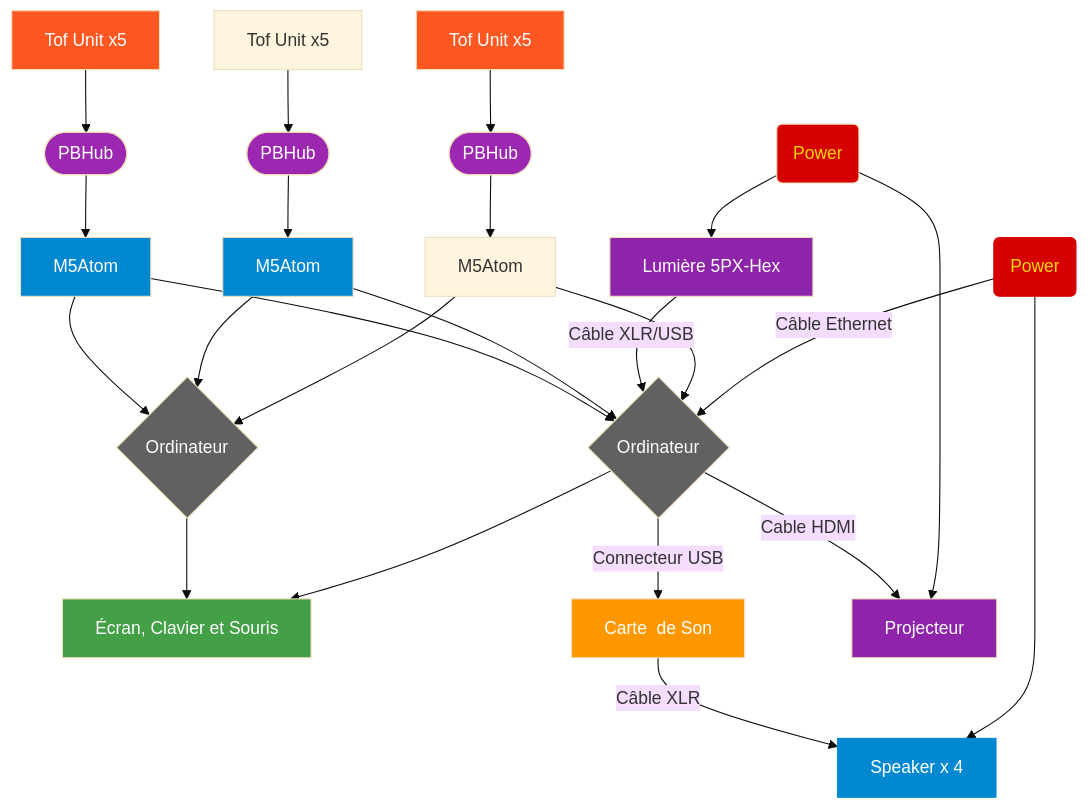
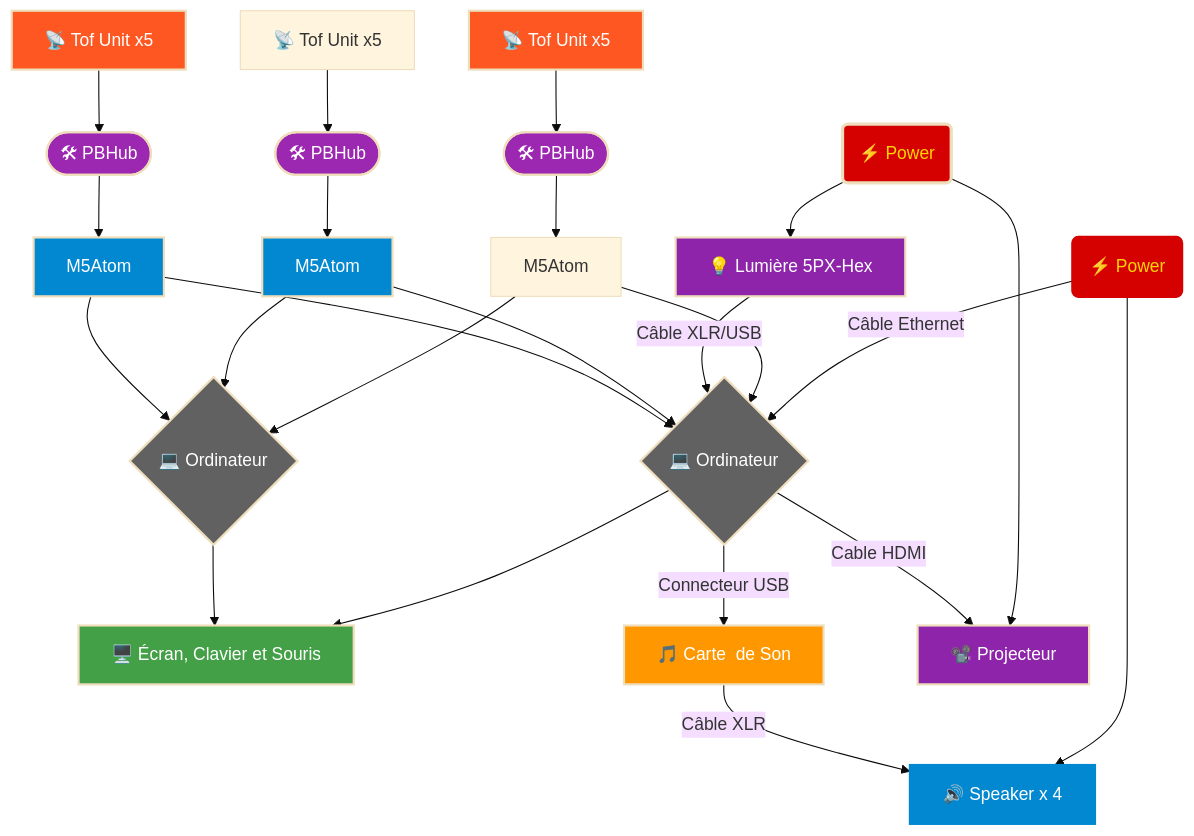
One commit to Ethereal-Creators/Etheria changed the diagram in 30_production/30_synoptique/README.md. Above: the diagram before and after it, drawn with Mermaid (base theme).

````diff
--- a/30_production/30_synoptique/README.md
+++ b/30_production/30_synoptique/README.md
@@ -2,48 +2,50 @@
 ```mermaid
 flowchart TD
-    n1["Power"] --> n2["Speaker x 4"]
-    n1 -- Câble Ethernet --> n3["Ordinateur"]
-    n3 --> n10["Écran, Clavier et Souris"]
-    n3 -- Connecteur USB --> n11["Carte&nbsp; de Son"]
-    n4["M5Atom"] --> n13["Ordinateur"] & n3
-    n7["Power"] --> n8["Projecteur"] & n9["Lumière 5PX-Hex"]
+    n1["⚡ Power"] --> n2["🔊 Speaker x 4"]
+    n1 -- Câble Ethernet --> n3["💻 Ordinateur"]
+    n3 --> n10["🖥️ Écran, Clavier et Souris"]
+    n3 -- Connecteur USB --> n11["🎵 Carte&nbsp; de Son"]
+    n4["M5Atom"] --> n13["💻 Ordinateur"] & n3
+    n7["⚡ Power"] --> n8["📽️ Projecteur"] & n9["💡 Lumière 5PX-Hex"]
     n9 -- Câble XLR/USB --> n3
     n11 -- Câble XLR --> n2
     n16["M5Atom"] --> n13 & n3
     n14["M5Atom"] --> n13 & n3
     n13 --> n10
-    n15["Tof Unit x5"] --> n18(["PBHub"])
+    n15["📡 Tof Unit x5"] --> n18(["🛠 PBHub"])
     n18 --> n14
-    n5["Tof Unit x5"] --> n19(["PBHub"])
-    n17["Tof Unit x5"] --> n20(["PBHub"])
+    n5["📡 Tof Unit x5"] --> n19(["🛠 PBHub"])
+    n17["📡 Tof Unit x5"] --> n20(["🛠 PBHub"])
     n19 --> n16
     n20 --> n4
     n3 -- Cable HDMI --> n8
 
-    n1@{ shape: rounded}
-    n2@{ shape: rect}
-    n3@{ shape: diam}
-    n13@{ shape: diam}
-    n7@{ shape: rounded}
-    n16@{ shape: rect}
-    n14@{ shape: rect}
-    n15@{ shape: rect}
-    n17@{ shape: rect}
-    style n1 stroke:#D50000,fill:#D50000,color:#FFD600
-    style n2 stroke:#0288D1,fill:#0288D1,color:#FFFFFF
-    style n3 fill:#616161,color:#FFFFFF
-    style n13 fill:#616161,color:#FFFFFF
-    style n7 fill:#D50000,color:#FFD600
-    style n10 fill:#43A047,color:#FFFFFF
-    style n11 fill:#FF9800,color:#FFFFFF
-    style n8 fill:#8E24AA,color:#FFFFFF
-    style n9 fill:#8E24AA,color:#FFFFFF
-    style n16 fill:#0288D1,color:#FFFFFF
-    style n14 fill:#0288D1,color:#FFFFFF
-    style n15 fill:#FF5722,color:#FFFFFF
-    style n17 fill:#FF5722,color:#FFFFFF
-    style n18 fill:#9C27B0,color:#FFFFFF
-    style n19 fill:#9C27B0,color:#FFFFFF
-    style n20 fill:#9C27B0,color:#FFFFFF
+    n1@{ shape: rounded, width: 1.5, height: 1.5}
+    n2@{ shape: rect, width: 2, height: 1.2 }
+    n3@{ shape: diam, width: 1.8, height: 1.8 }
+    n13@{ shape: diam, width: 1.8, height: 1.8 }
+    n7@{ shape: rounded, width: 1.5, height: 1.5 }
+    n16@{ shape: rect, width: 2, height: 1.2 }
+    n14@{ shape: rect, width: 2, height: 1.2 }
+    n15@{ shape: rect, width: 2, height: 1.2 }
+    n17@{ shape: rect, width: 2, height: 1.2 }
+    
+    style n1 stroke:#D50000,fill:#D50000,color:#FFD600,stroke-width:3px
+    style n2 stroke:#0288D1,fill:#0288D1,color:#FFFFFF,stroke-width:2px
+    style n3 fill:#616161,color:#FFFFFF,stroke-width:2px
+    style n13 fill:#616161,color:#FFFFFF,stroke-width:2px
+    style n7 fill:#D50000,color:#FFD600,stroke-width:3px
+    style n10 fill:#43A047,color:#FFFFFF,stroke-width:2px
+    style n11 fill:#FF9800,color:#FFFFFF,stroke-width:2px
+    style n8 fill:#8E24AA,color:#FFFFFF,stroke-width:2px
+    style n9 fill:#8E24AA,color:#FFFFFF,stroke-width:2px
+    style n16 fill:#0288D1,color:#FFFFFF,stroke-width:2px
+    style n14 fill:#0288D1,color:#FFFFFF,stroke-width:2px
+    style n15 fill:#FF5722,color:#FFFFFF,stroke-width:2px
+    style n17 fill:#FF5722,color:#FFFFFF,stroke-width:2px
+    style n18 fill:#9C27B0,color:#FFFFFF,stroke-width:2px
+    style n19 fill:#9C27B0,color:#FFFFFF,stroke-width:2px
+    style n20 fill:#9C27B0,color:#FFFFFF,stroke-width:2px
+
 
 ```
````
